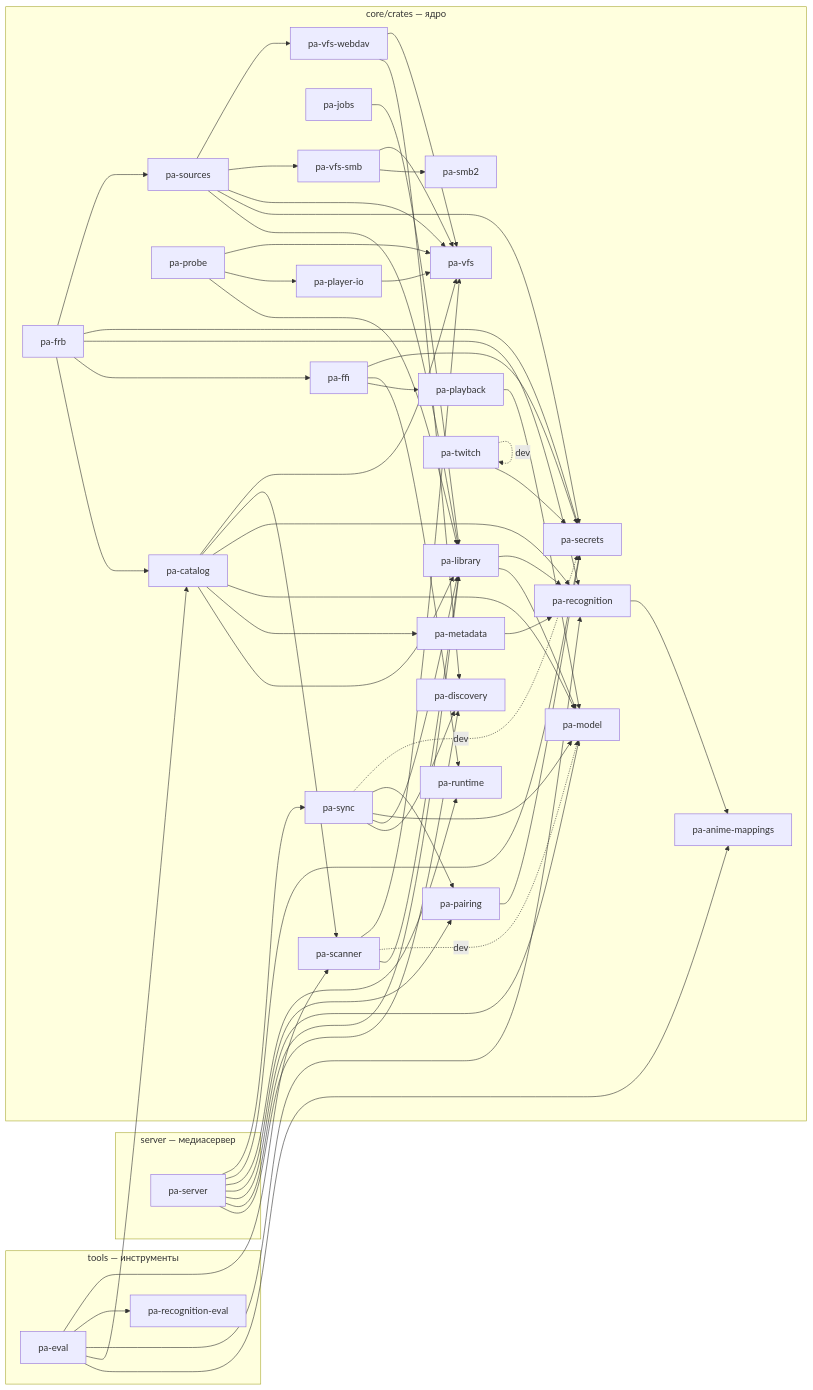
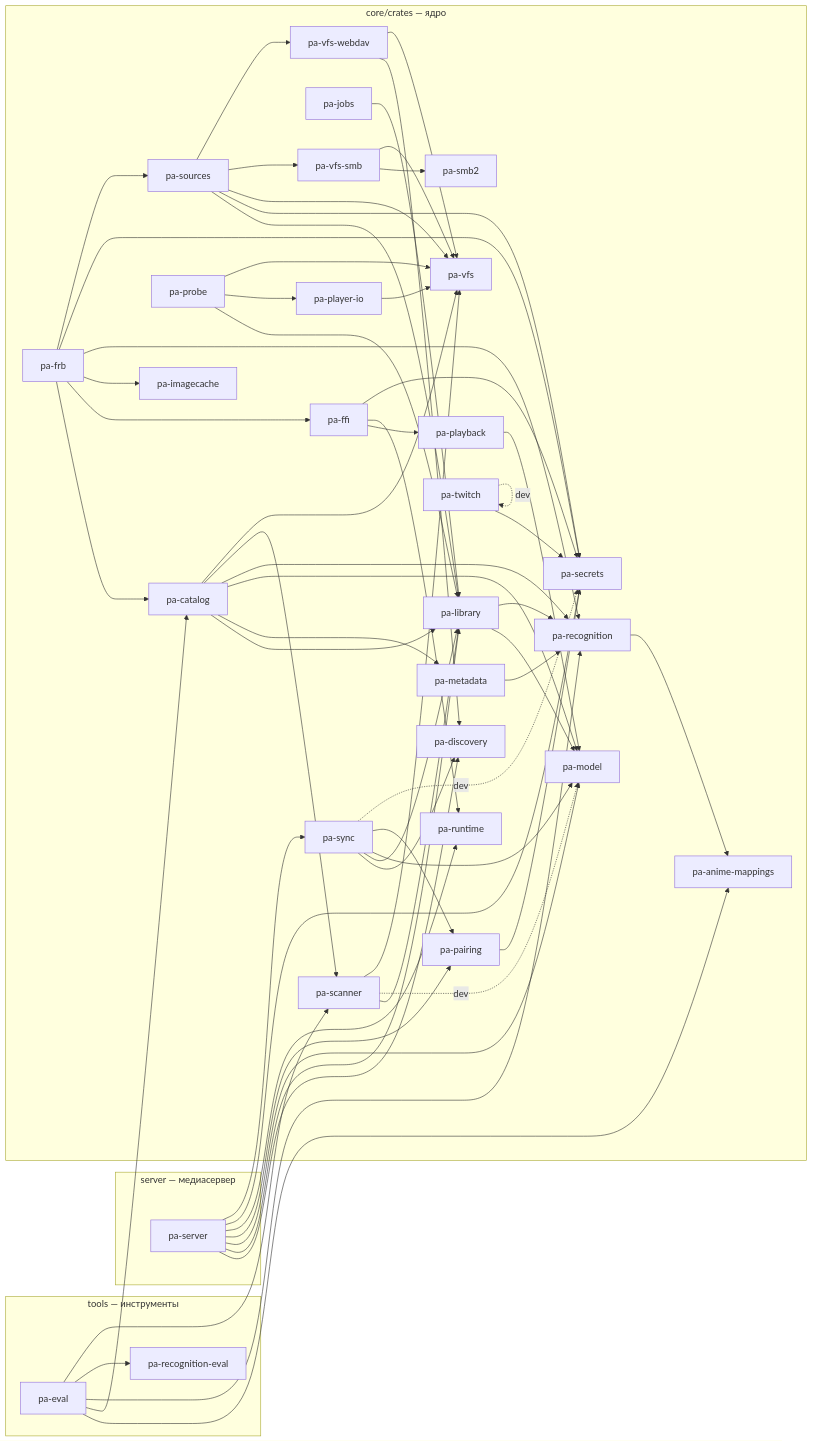
Before and after one commit to DenisHumen/project_alpha: the diagram in docs/dev/crate-graph.md, drawn with Mermaid. The commit also changed other lines of this file and 2 other files, not shown here.

Commit message:
Merge main; assign ADR numbers

```diff
--- a/docs/dev/crate-graph.md
+++ b/docs/dev/crate-graph.md
@@ -17,6 +17,7 @@
     pa_discovery["pa-discovery"]
     pa_ffi["pa-ffi"]
     pa_frb["pa-frb"]
+    pa_imagecache["pa-imagecache"]
     pa_jobs["pa-jobs"]
     pa_library["pa-library"]
     pa_metadata["pa-metadata"]
@@ -60,6 +61,7 @@
   pa_ffi --> pa_secrets
   pa_frb --> pa_catalog
   pa_frb --> pa_ffi
+  pa_frb --> pa_imagecache
   pa_frb --> pa_recognition
   pa_frb --> pa_secrets
   pa_frb --> pa_sources
```
